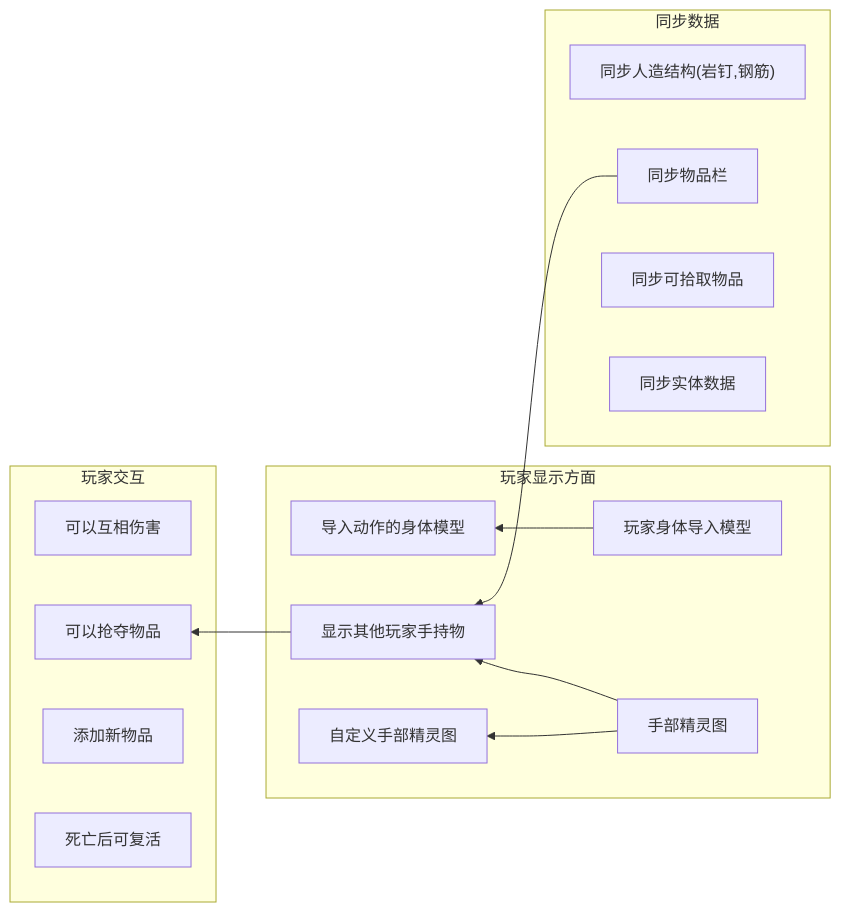
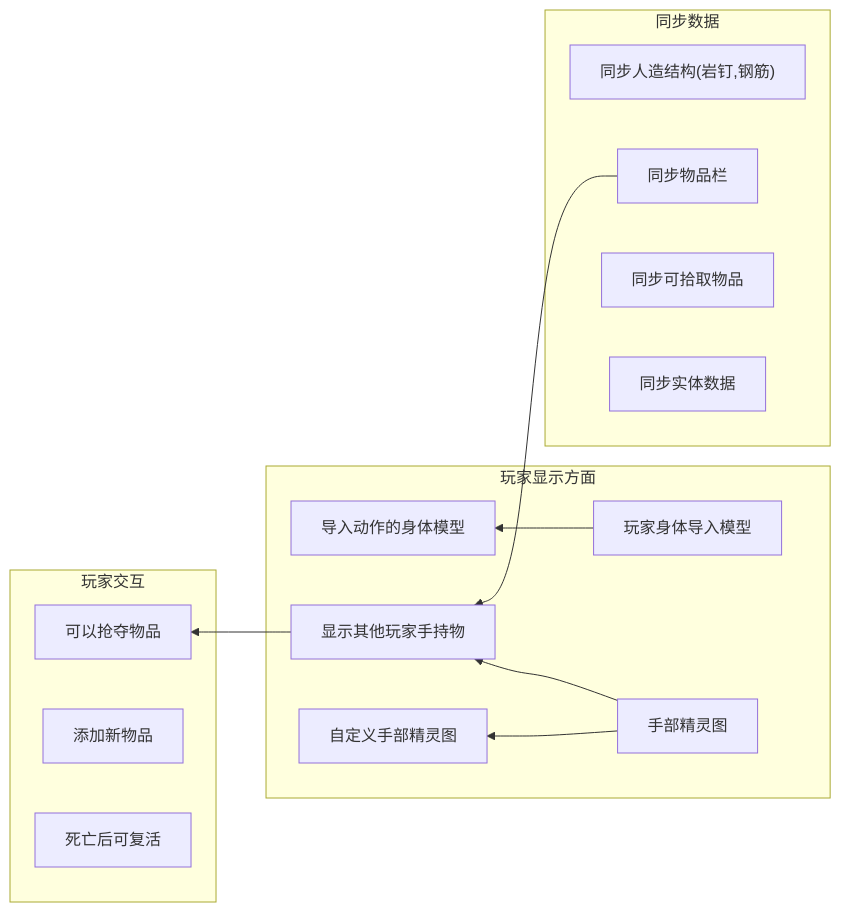
Before and after one commit to PotatoeShaman/WKMultiMod: the diagram in README_CN.md, drawn with Mermaid. The commit also changed 1 other file, not shown here.

Commit message:
更改README.md

````diff
--- a/README_CN.md
+++ b/README_CN.md
@@ -24,34 +24,33 @@
 ```mermaid
 graph RL
     %% 模块 1：玩家显示方面
     subgraph 玩家显示方面
         1a[手部精灵图]
         1b[玩家身体导入模型]
         1c[导入动作的身体模型]
         1d[显示其他玩家手持物]
         1e[自定义手部精灵图]
     end
 
     %% 模块 2：玩家交互
     subgraph 玩家交互
-        2a[可以互相伤害]
         2b[可以抢夺物品]
         2c[添加新物品]
         2e[死亡后可复活]
     end
 
     %% 模块 3：同步数据
     subgraph 同步数据
         3a["同步人造结构(岩钉,钢筋)"]
         3b[同步物品栏]
         3c[同步可拾取物品]
         3e[同步实体数据]
     end
 
     %% 依赖关系连接 (跨模块和模块内)
     1a --> 1e
     1b --> 1c
     3b --> 1d
     1a --> 1d
     1d --> 2b
 ```
````
